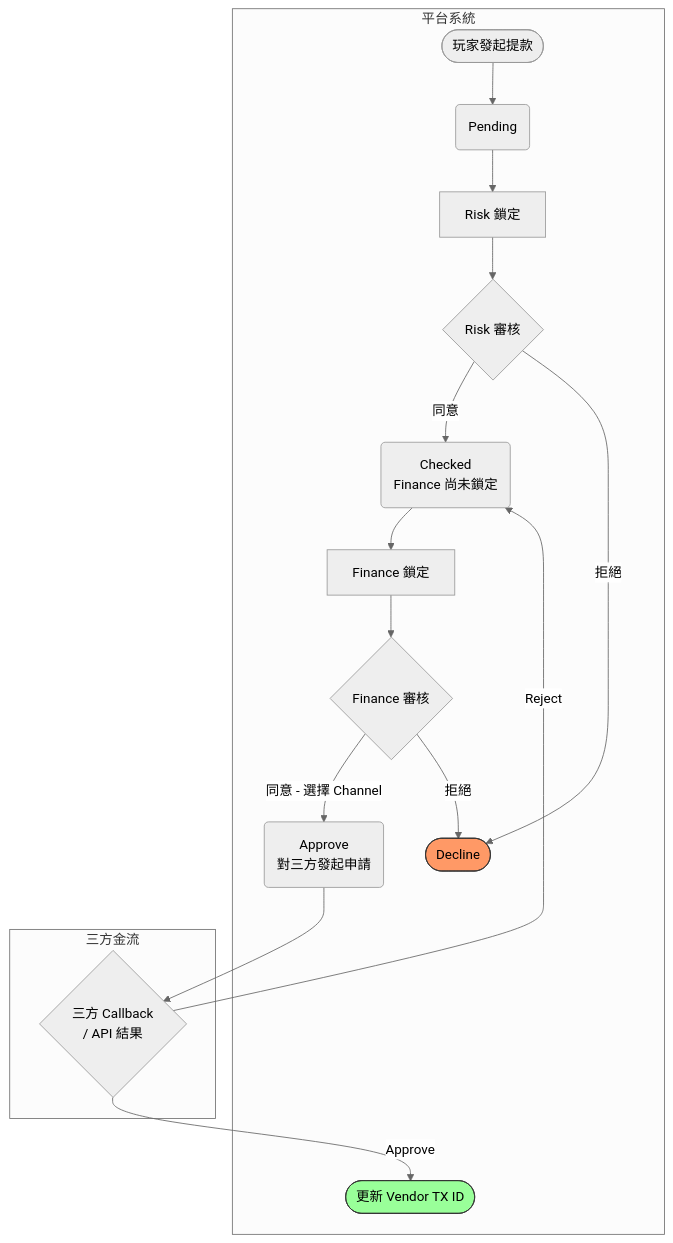
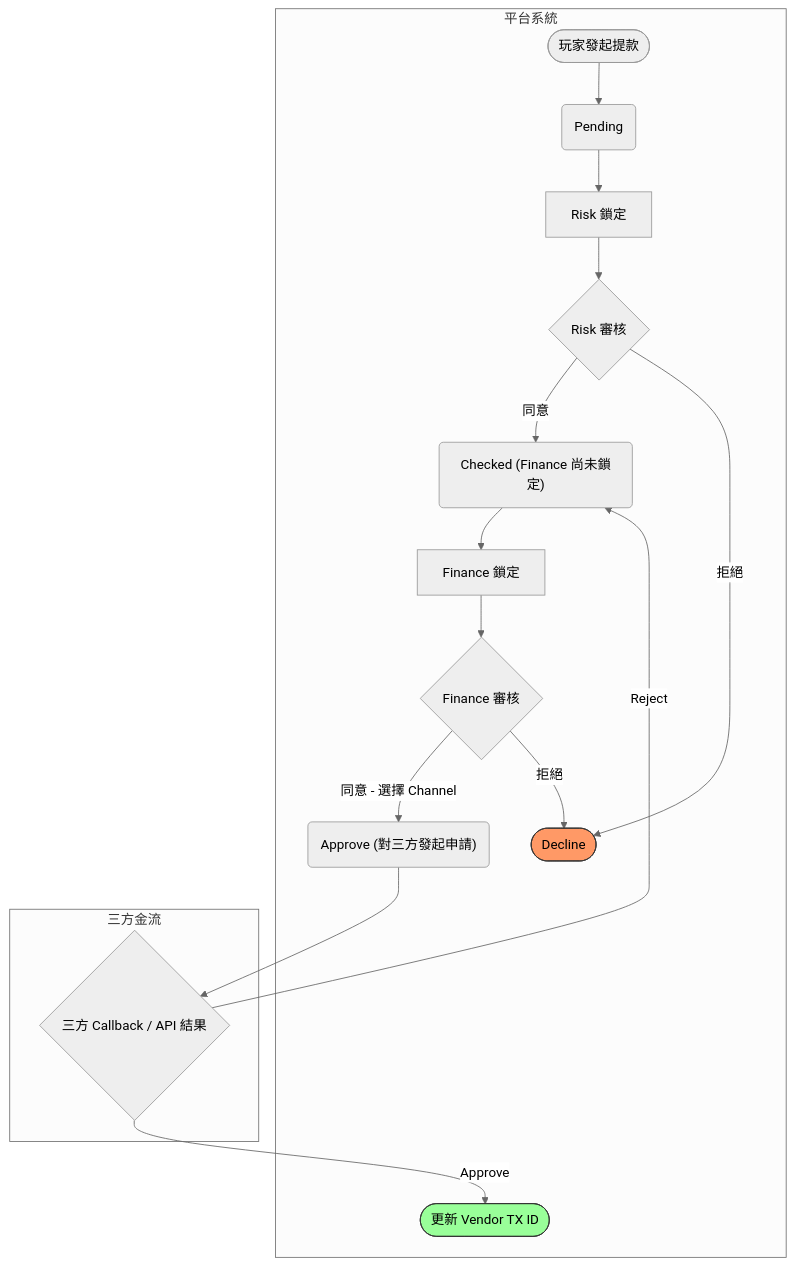
One commit to almightyken0425/SuSuGiGiSpec changed the first of 2 diagrams in no99_archive/sitflowchart.md. Above: the diagram before and after it, drawn with Mermaid (neutral theme). The commit also changed other lines of this file, not shown here.

````diff
--- a/no99_archive/sitflowchart.md
+++ b/no99_archive/sitflowchart.md
@@ -29,31 +29,42 @@
 ```mermaid
 graph TD
+    %% 節點定義
+    Start(["玩家發起提款"])
+    Pending("Pending")
+    Risk_Lock["Risk 鎖定"]
+    Risk_Action{"Risk 審核"}
+    Checked("Checked (Finance 尚未鎖定)")
+    Finance_Lock["Finance 鎖定"]
+    Finance_Action{"Finance 審核"}
+    Approve_Req("Approve (對三方發起申請)")
+    Decline(["Decline"])
+    Success(["更新 Vendor TX ID"])
+    Callback{"三方 Callback / API 結果"}
+
     subgraph Platform [平台系統]
-        Start([玩家發起提款]) --> Pending(Pending)
-        Pending --> Risk_Lock[Risk 鎖定]
-        Risk_Action{Risk 審核}
+        Start --> Pending
+        Pending --> Risk_Lock
         Risk_Lock --> Risk_Action
         
-        Risk_Action -- 同意 --> Checked(Checked <br/>Finance 尚未鎖定)
-        Checked --> Finance_Lock[Finance 鎖定]
-        Finance_Lock --> Finance_Action{Finance 審核}
+        Risk_Action -- "同意" --> Checked
+        Checked --> Finance_Lock
+        Finance_Lock --> Finance_Action
         
-        Approve_Req(Approve <br/>對三方發起申請)
-        Finance_Action -- 同意 - 選擇 Channel --> Approve_Req
+        Finance_Action -- "同意 - 選擇 Channel" --> Approve_Req
 
-        Risk_Action -- 拒絕 --> Decline([Decline])
-        Finance_Action -- 拒絕 --> Decline
+        Risk_Action -- "拒絕" --> Decline
+        Finance_Action -- "拒絕" --> Decline
         
-        Success([更新 Vendor TX ID])
+        Success
     end
 
     subgraph Third_Party [三方金流]
-        Approve_Req --> Callback{三方 Callback <br/>/ API 結果}
+        Approve_Req --> Callback
     end
 
-    Callback -- Approve --> Success
-    Callback -- Reject --> Checked
+    Callback -- "Approve" --> Success
+    Callback -- "Reject" --> Checked
 
     style Decline fill:#f96,stroke:#333
     style Success fill:#9f9,stroke:#333
 ```
````
